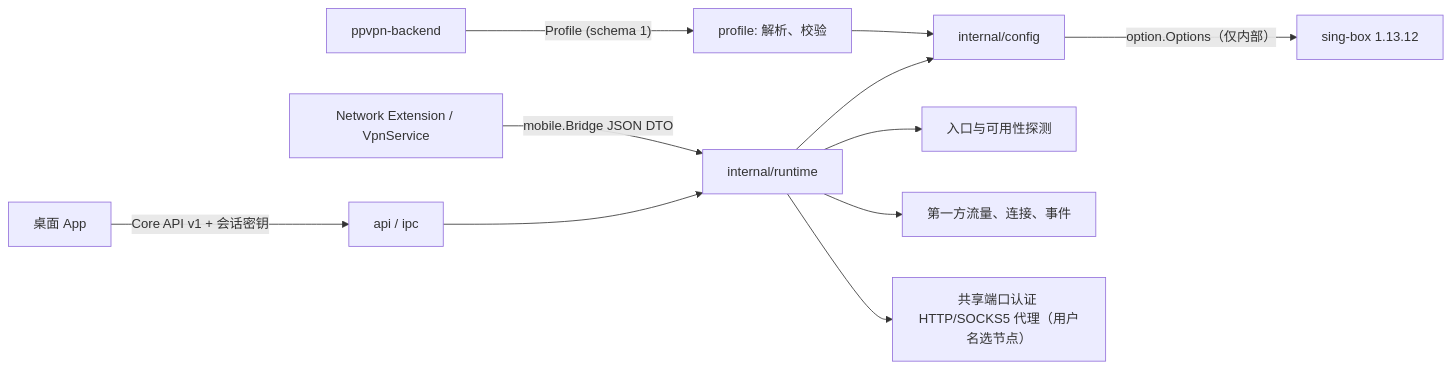
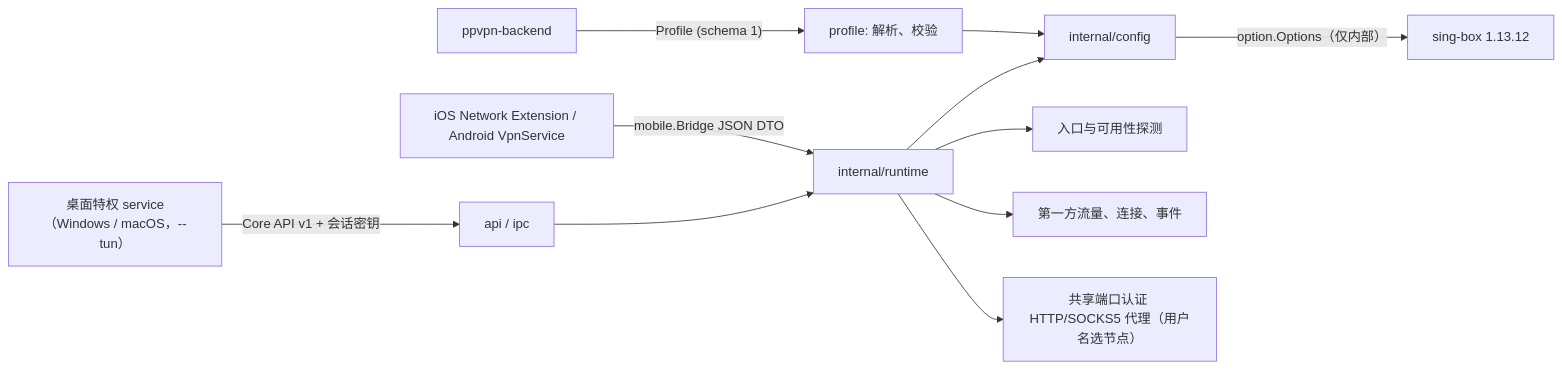
The first of 2 diagrams in docs/architecture.md (peakpassvpn/ppvpn-client), drawn with Mermaid before and after one commit. The commit also changed other lines of this file and 4 other files, not shown here.

First line of the commit message:
docs: macOS Desktop runs core with --tun from a privileged service

````diff
--- a/docs/architecture.md
+++ b/docs/architecture.md
@@ -7,13 +7,13 @@
 ```mermaid
 flowchart LR
   Backend["ppvpn-backend"] -->|"Profile (schema 1)"| Profile["profile: 解析、校验"]
-  Desktop["桌面 App"] -->|"Core API v1 + 会话密钥"| API["api / ipc"]
-  Mobile["Network Extension / VpnService"] -->|"mobile.Bridge JSON DTO"| Runtime["internal/runtime"]
+  Desktop["桌面特权 service（Windows / macOS，--tun）"] -->|"Core API v1 + 会话密钥"| API["api / ipc"]
+  Mobile["iOS Network Extension / Android VpnService"] -->|"mobile.Bridge JSON DTO"| Runtime["internal/runtime"]
   API --> Runtime
   Profile --> Builder["internal/config"]
   Runtime --> Builder
   Builder -->|"option.Options（仅内部）"| SingBox["sing-box 1.13.12"]
   Runtime --> Probe["入口与可用性探测"]
   Runtime --> Telemetry["第一方流量、连接、事件"]
   Runtime --> LocalProxy["共享端口认证 HTTP/SOCKS5 代理（用户名选节点）"]
 ```
````
